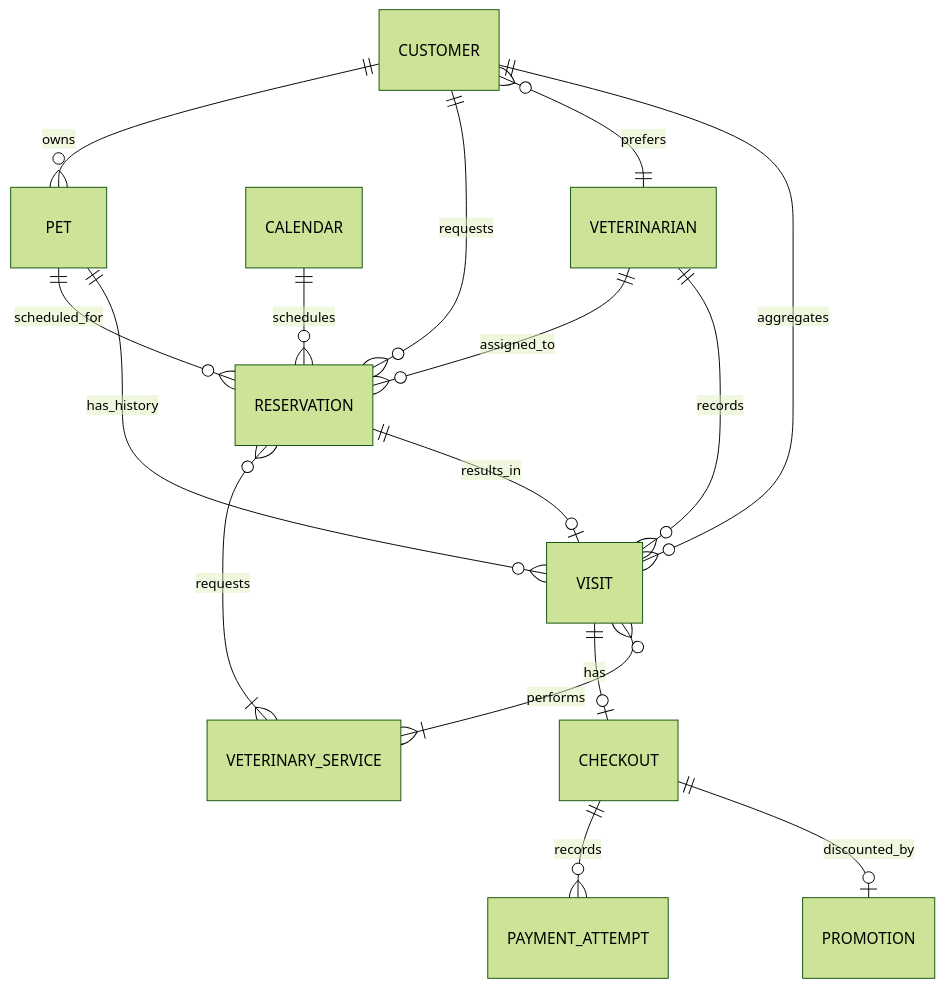
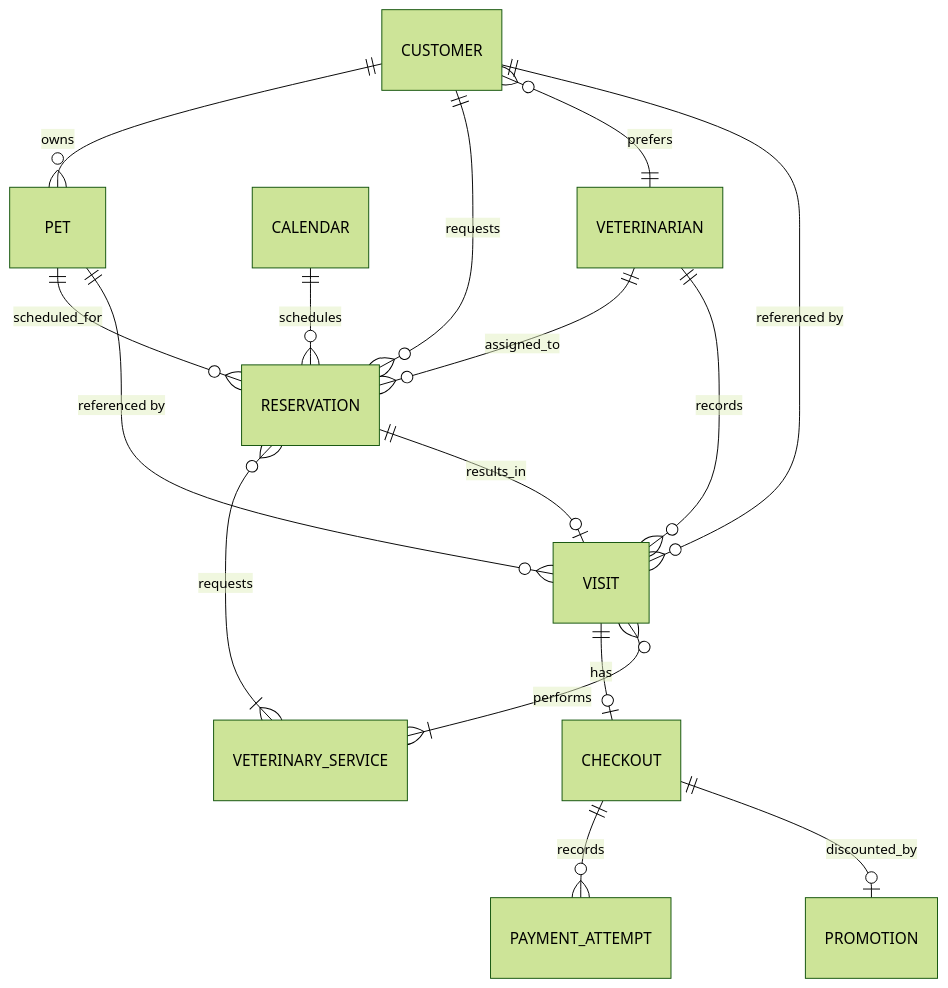
One commit to dgaspard/ai-sdlc-specc-bdd-design changed the diagram in docs/specs/domain-model.md. Above: the diagram before and after it, drawn with Mermaid (forest theme). The commit also changed other lines of this file and 5 other files, not shown here.

````diff
--- a/docs/specs/domain-model.md
+++ b/docs/specs/domain-model.md
@@ -335,18 +331,18 @@
 ```mermaid
 erDiagram
     CUSTOMER ||--o{ PET : owns
     CUSTOMER ||--o{ RESERVATION : requests
     PET ||--o{ RESERVATION : scheduled_for
     CALENDAR ||--o{ RESERVATION : schedules
     VETERINARIAN ||--o{ RESERVATION : assigned_to
     RESERVATION }o--|{ VETERINARY_SERVICE : requests
     RESERVATION ||--o| VISIT : results_in
     VISIT ||--o| CHECKOUT : has
     CHECKOUT ||--o{ PAYMENT_ATTEMPT : records
     CHECKOUT ||--o| PROMOTION : discounted_by
     CUSTOMER }o--|| VETERINARIAN : prefers
-    CUSTOMER ||--o{ VISIT : aggregates
-    PET ||--o{ VISIT : has_history
+    CUSTOMER ||--o{ VISIT : "referenced by"
+    PET ||--o{ VISIT : "referenced by"
     VETERINARIAN ||--o{ VISIT : records
     VISIT }o--|{ VETERINARY_SERVICE : performs
 ```
````
